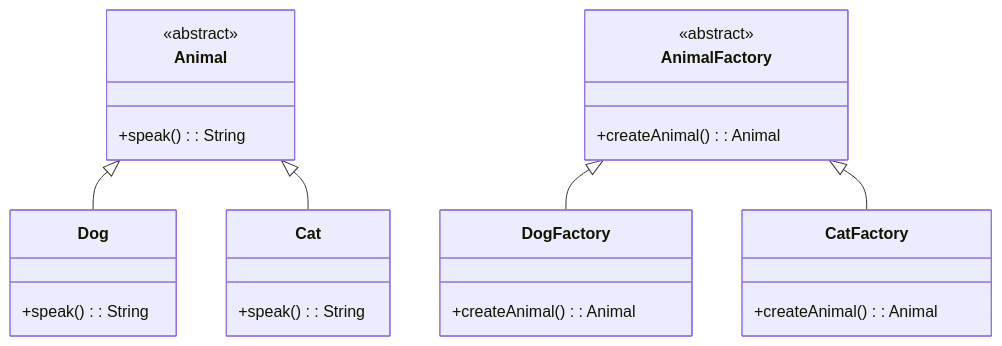
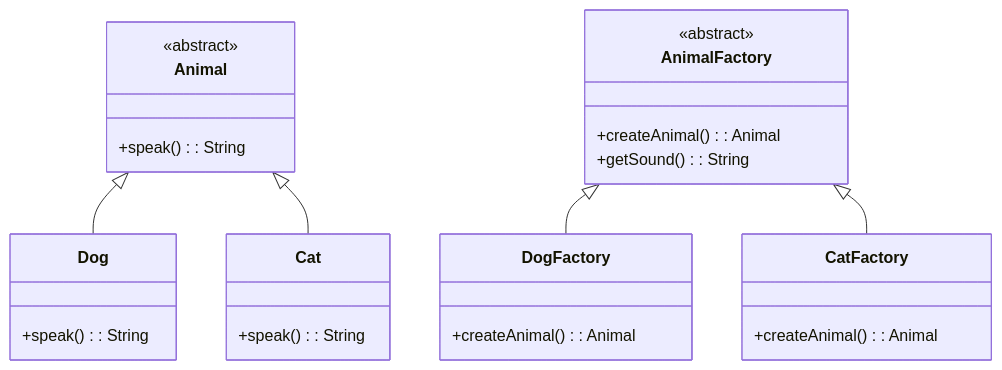
One commit to welldesignedsystem/welldesignedsystem.github.io changed the second of 23 diagrams in content/english/blog/system_design/core_design_patterns.md. Above: the diagram before and after it, drawn with Mermaid. The commit also changed other lines of this file and 1 other file, not shown here.

````diff
--- a/content/english/blog/system_design/core_design_patterns.md
+++ b/content/english/blog/system_design/core_design_patterns.md
@@ -83,27 +102,28 @@
 ```mermaid
 classDiagram
     class Animal {
         <<abstract>>
         +speak(): String
     }
     class Dog {
         +speak(): String
     }
     class Cat {
         +speak(): String
     }
     class AnimalFactory {
         <<abstract>>
         +createAnimal(): Animal
+        +getSound(): String
     }
     class DogFactory {
         +createAnimal(): Animal
     }
     class CatFactory {
         +createAnimal(): Animal
     }
     AnimalFactory <|-- DogFactory
     AnimalFactory <|-- CatFactory
     Animal <|-- Dog
     Animal <|-- Cat
 ```
````
